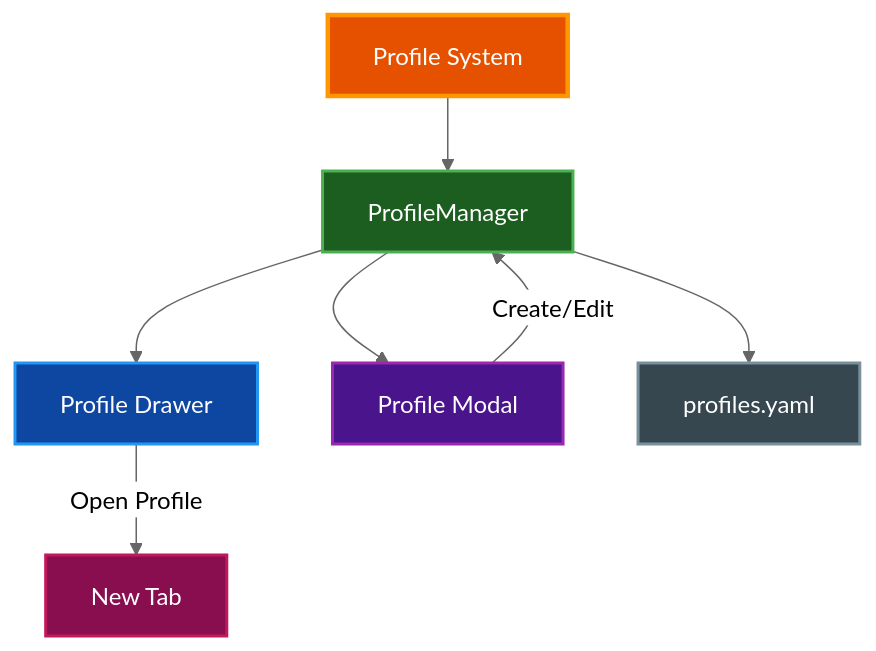
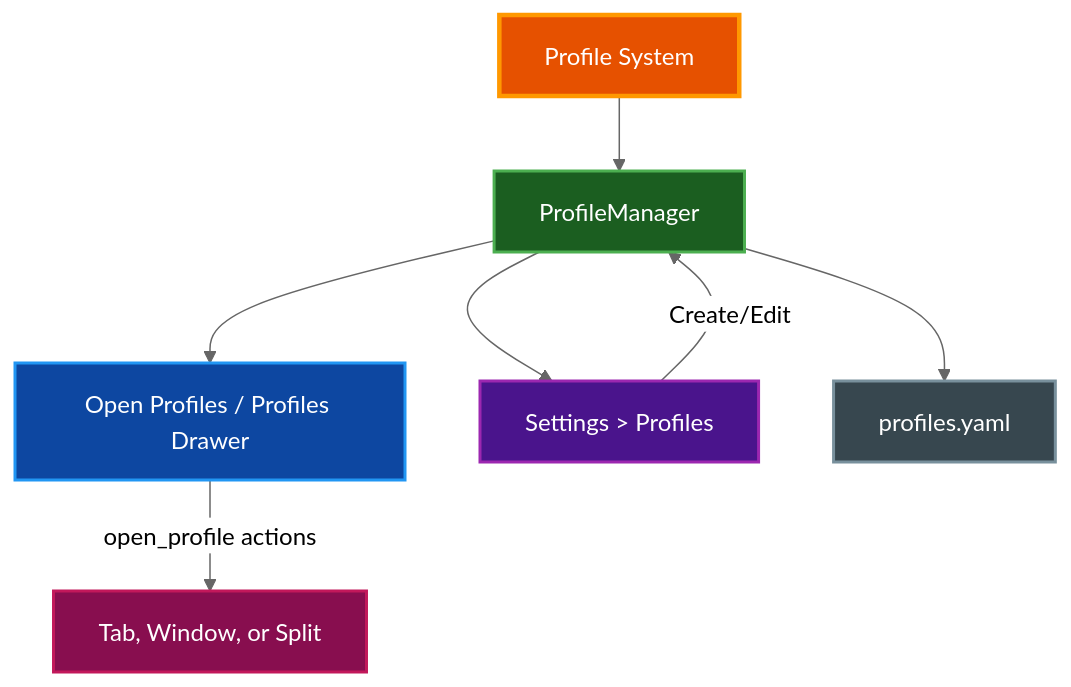
Before and after one commit to paulrobello/par-term: the first of 2 diagrams in docs/features/PROFILES.md, drawn with Mermaid (neutral theme). The commit also changed other lines of this file and 97 other files, not shown here.

First line of the commit message:
feat(profiles): integrate the MP3 launcher, identity, and profile actions; add the profile-action menu homes

````diff
--- a/docs/features/PROFILES.md
+++ b/docs/features/PROFILES.md
@@ -46,24 +49,24 @@
 ```mermaid
 graph TD
     Profiles[Profile System]
     Manager[ProfileManager]
-    Drawer[Profile Drawer]
-    Modal[Profile Modal]
+    Drawer[Open Profiles / Profiles Drawer]
+    Modal[Settings > Profiles]
     Storage[profiles.yaml]
-    Session[New Tab]
+    Session[Tab, Window, or Split]
 
     Profiles --> Manager
     Manager --> Drawer
     Manager --> Modal
     Manager --> Storage
 
-    Drawer -->|Open Profile| Session
+    Drawer -->|open_profile actions| Session
     Modal -->|Create/Edit| Manager
 
     style Profiles fill:#e65100,stroke:#ff9800,stroke-width:3px,color:#ffffff
     style Manager fill:#1b5e20,stroke:#4caf50,stroke-width:2px,color:#ffffff
     style Drawer fill:#0d47a1,stroke:#2196f3,stroke-width:2px,color:#ffffff
     style Modal fill:#4a148c,stroke:#9c27b0,stroke-width:2px,color:#ffffff
     style Storage fill:#37474f,stroke:#78909c,stroke-width:2px,color:#ffffff
     style Session fill:#880e4f,stroke:#c2185b,stroke-width:2px,color:#ffffff
 ```
````
